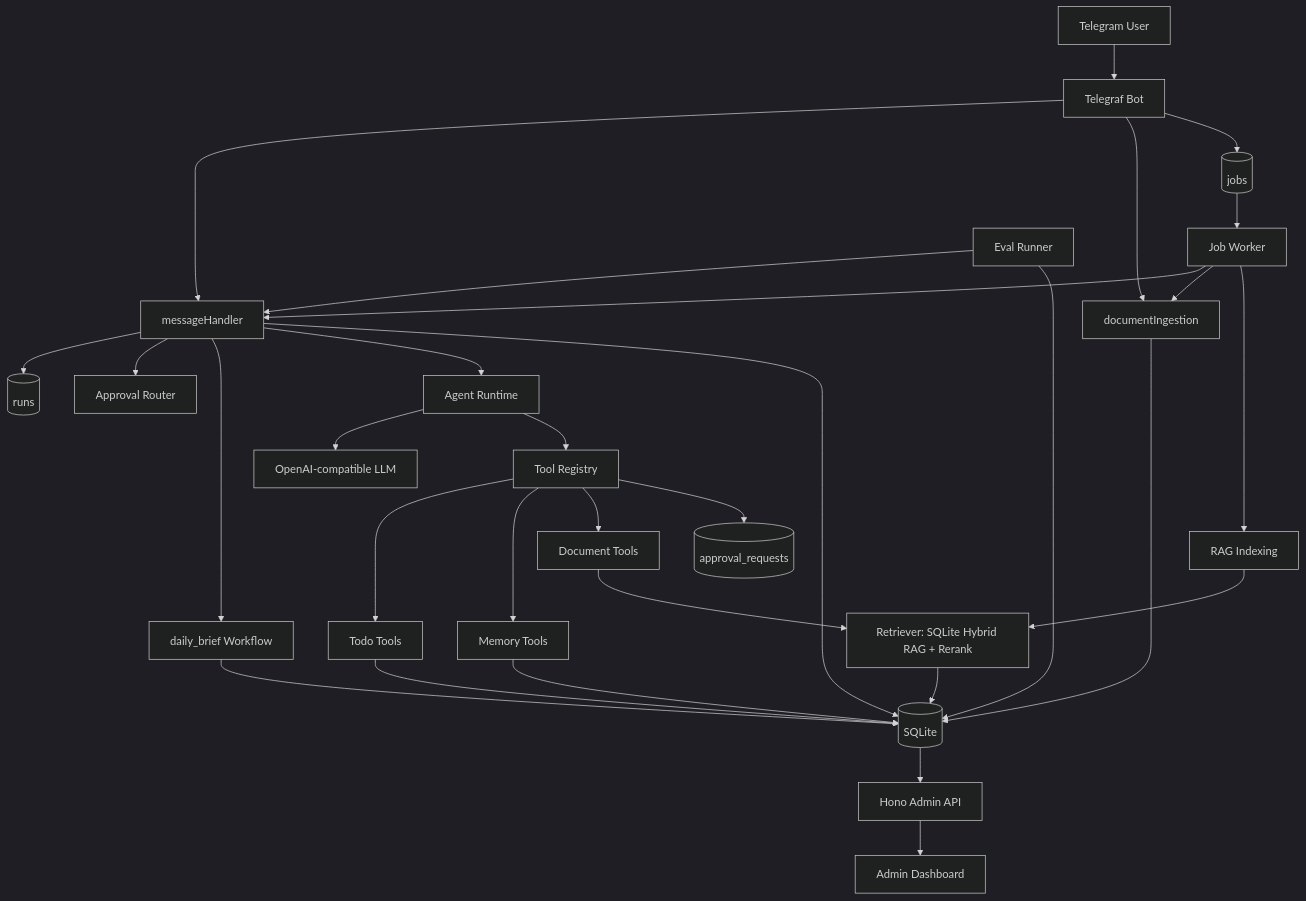
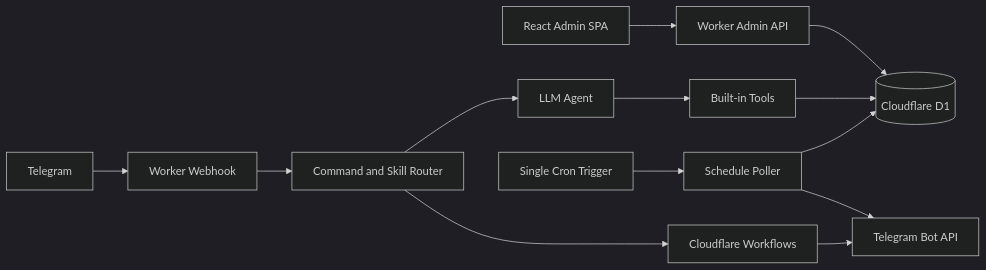
One commit to tower1229/personal-agent changed the diagram in docs/architecture.md. Above: the diagram before and after it, drawn with Mermaid (dark theme). The commit also changed other lines of this file and 51 other files, not shown here.

First line of the commit message:
feat: add worker app and workflow execution tests

````diff
--- a/docs/architecture.md
+++ b/docs/architecture.md
@@ -7,33 +5,15 @@
 ```mermaid
-flowchart TD
-  U[Telegram User] --> TG[Telegraf Bot]
-  TG --> MH[messageHandler]
-  TG --> DI[documentIngestion]
-  TG --> JQ[(jobs)]
-  JQ --> JW[Job Worker]
-  JW --> MH
-  JW --> DI
-  JW --> IDX[RAG Indexing]
-  MH --> RUNS[(runs)]
-  MH --> AR[Approval Router]
-  MH --> WF[daily_brief Workflow]
-  MH --> AG[Agent Runtime]
-  AG --> LLM[OpenAI-compatible LLM]
-  AG --> TR[Tool Registry]
-  TR --> TODO[Todo Tools]
-  TR --> MEM[Memory Tools]
-  TR --> DOC[Document Tools]
-  TR --> APR[(approval_requests)]
-  TODO --> DB[(SQLite)]
-  MEM --> DB
-  DOC --> RAG[Retriever: SQLite Hybrid RAG + Rerank]
-  RAG --> DB
-  DI --> DB
-  IDX --> RAG
-  WF --> DB
-  MH --> DB
-  DB --> ADMIN[Hono Admin API]
-  ADMIN --> UI[Admin Dashboard]
-  EVAL[Eval Runner] --> MH
-  EVAL --> DB
+flowchart LR
+  TG[Telegram] --> WH[Worker Webhook]
+  Admin[React Admin SPA] --> API[Worker Admin API]
+  API --> D1[(Cloudflare D1)]
+  WH --> Router[Command and Skill Router]
+  Router --> Agent[LLM Agent]
+  Agent --> Tools[Built-in Tools]
+  Tools --> D1
+  Router --> WF[Cloudflare Workflows]
+  Cron[Single Cron Trigger] --> Schedules[Schedule Poller]
+  Schedules --> D1
+  Schedules --> TGAPI[Telegram Bot API]
+  WF --> TGAPI
 ```
````
